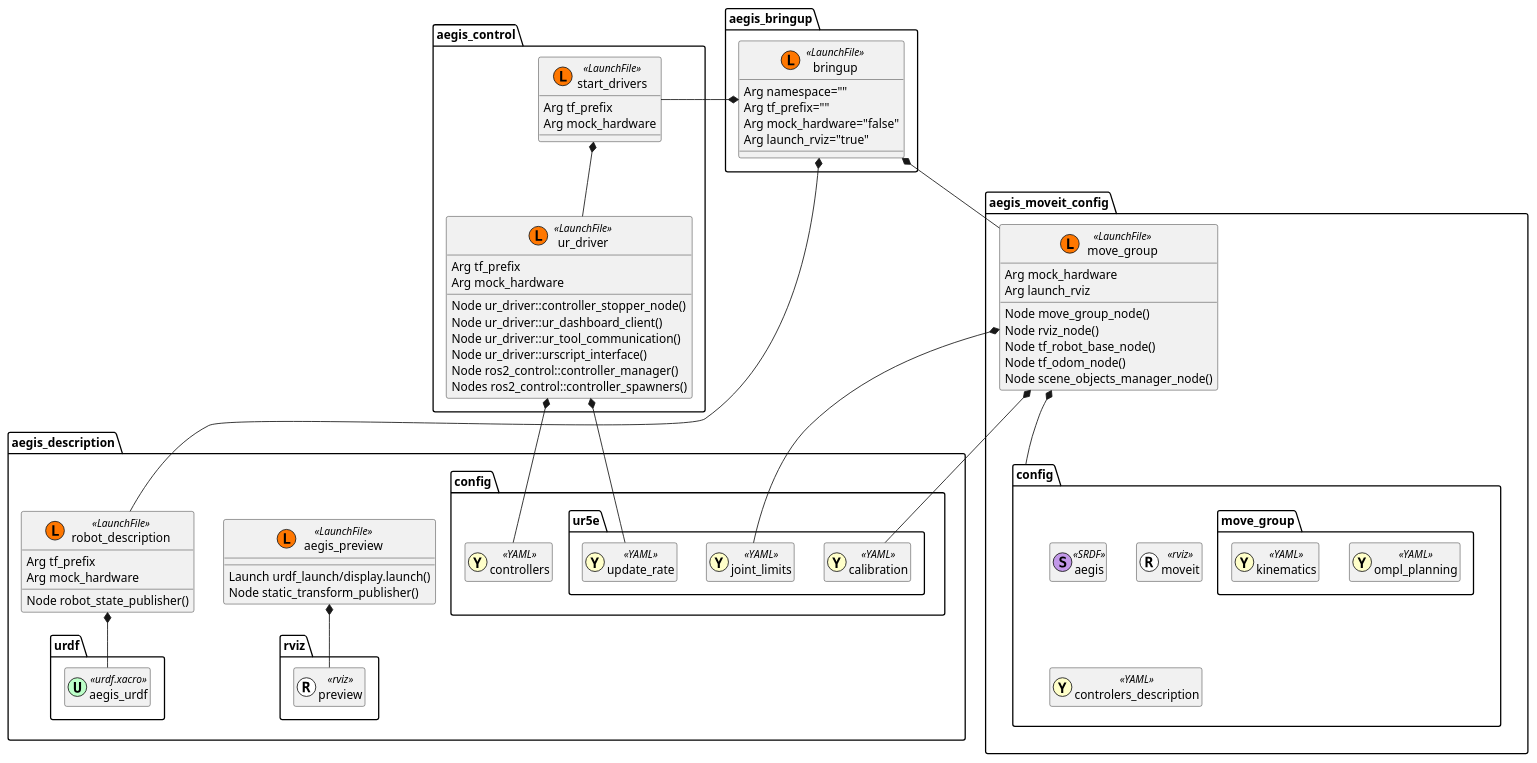
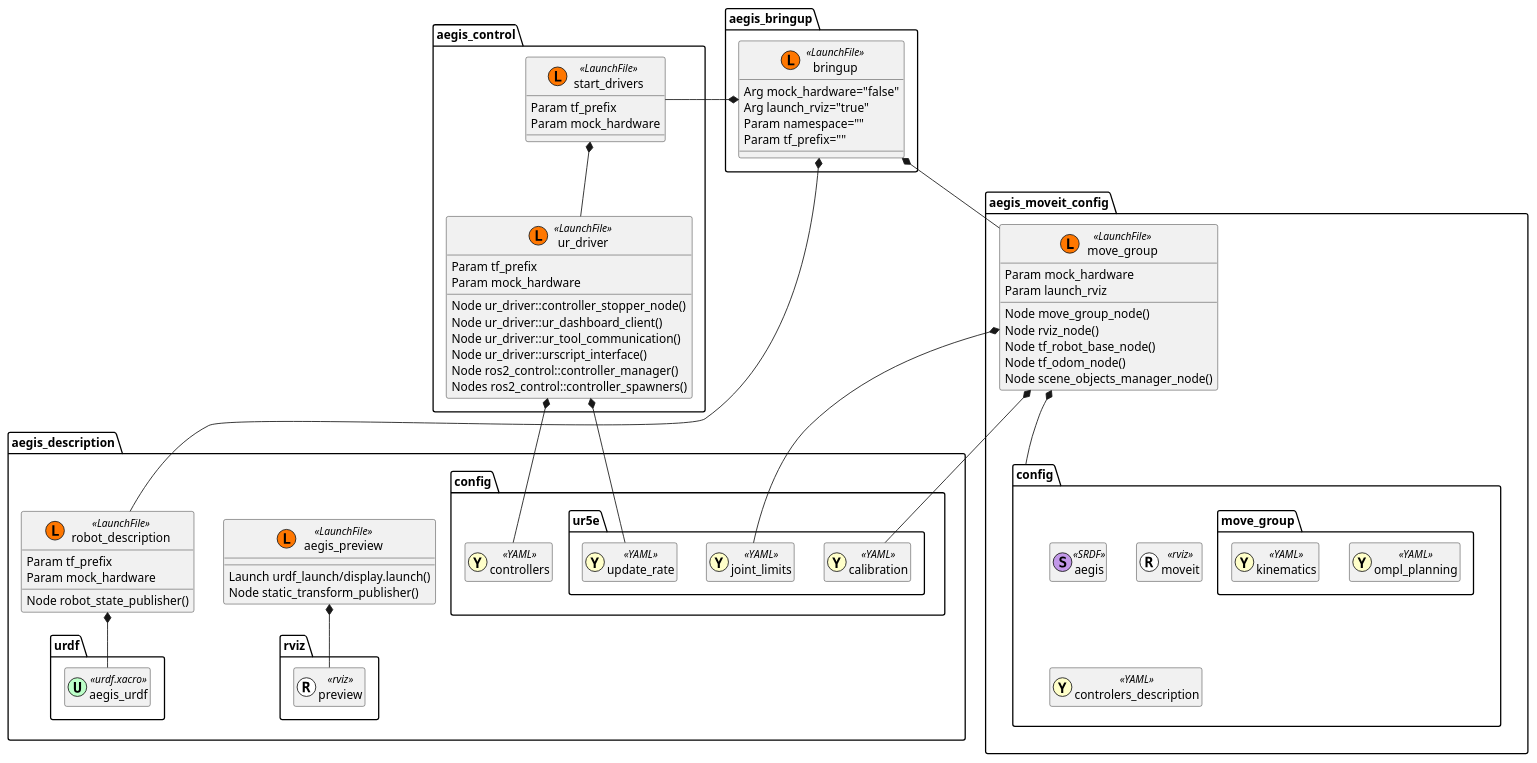
Before and after one commit to AGH-CEAI/aegis_ros: the diagram in aegis_bringup/launch_diagram.plantuml, drawn with PlantUML. The commit also changed 1 other file, not shown here.

```diff
--- a/aegis_bringup/launch_diagram.plantuml
+++ b/aegis_bringup/launch_diagram.plantuml
@@ -1,102 +1,101 @@
-@startuml Launch Files
-
+@startuml
 package aegis_bringup {
     class bringup << (L,#FF7700) LaunchFile >> {
-        Arg namespace=""
-        Arg tf_prefix=""
         Arg mock_hardware="false"
         Arg launch_rviz="true"
+        Param namespace=""
+        Param tf_prefix=""
     }
 }
 
 package aegis_control {
     class start_drivers << (L,#FF7700) LaunchFile >> {
-        Arg tf_prefix
-        Arg mock_hardware
+        Param tf_prefix
+        Param mock_hardware
     }
     class ur_driver << (L,#FF7700) LaunchFile >> {
-        Arg tf_prefix
-        Arg mock_hardware
+        Param tf_prefix
+        Param mock_hardware
         Node ur_driver::controller_stopper_node()
         Node ur_driver::ur_dashboard_client()
         Node ur_driver::ur_tool_communication()
         Node ur_driver::urscript_interface()
         Node ros2_control::controller_manager()
         Nodes ros2_control::controller_spawners()
     }
 
 }
 
 package aegis_description {
     class aegis_preview << (L,#FF7700) LaunchFile >> {
         Launch urdf_launch/display.launch()
         Node static_transform_publisher()
     }
 
     class robot_description << (L,#FF7700) LaunchFile >> {
-        Arg tf_prefix
-        Arg mock_hardware
+        Param tf_prefix
+        Param mock_hardware
         Node robot_state_publisher()
     }
 
     package config {
         class controllers << (Y,#ffffc9) YAML >> {}
         package ur5e {
             class calibration << (Y,#ffffc9) YAML >> {}
             class joint_limits << (Y,#ffffc9) YAML >> {}
             class update_rate << (Y,#ffffc9) YAML >> {}
         }
     }
 
     package urdf {
         class aegis_urdf << (U,#bcffc8) urdf.xacro >> {}
     }
 
     package rviz {
         class preview << (R,#ffffff) rviz >> {}
     }
 }
 
 package aegis_moveit_config {
     class move_group << (L,#FF7700) LaunchFile >> {
-        Arg mock_hardware
-        Arg launch_rviz
+        Param mock_hardware
+        Param launch_rviz
         Node move_group_node()
         Node rviz_node()
         Node tf_robot_base_node()
         Node tf_odom_node()
         Node scene_objects_manager_node()
     }
     package config {
         class aegis << (S,#c298e9) SRDF >> {}
         package move_group {
             class ompl_planning << (Y,#ffffc9) YAML >> {}
             class kinematics << (Y,#ffffc9) YAML >> {}
         }
         class moveit << (R,#ffffff) rviz >> {}
         class controlers_description << (Y,#ffffc9) YAML >> {}
     }
 }
 
 
 aegis_bringup.bringup *-left- aegis_control.start_drivers
 aegis_bringup.bringup *-- aegis_moveit_config.move_group
 aegis_bringup.bringup *-- aegis_description.robot_description
 aegis_description.robot_description *-- aegis_description.urdf.aegis_urdf
 
 aegis_control.start_drivers *-- aegis_control.ur_driver
 aegis_control.ur_driver *-- aegis_description.config.ur5e.update_rate
 aegis_control.ur_driver *-- aegis_description.config.controllers
 
 aegis_moveit_config.move_group *-- aegis_moveit_config.config
 aegis_moveit_config.move_group *-- aegis_description.config.ur5e.joint_limits
 aegis_moveit_config.move_group *-- aegis_description.config.ur5e.calibration
 
 aegis_description.aegis_preview *-- aegis_description.rviz.preview
 
 skinparam classAttributeIconSize 0
 hide << YAML >> members
 hide << urdf.xacro >> members
 hide << SRDF >> members
 hide << rviz >> members
 @enduml
```
